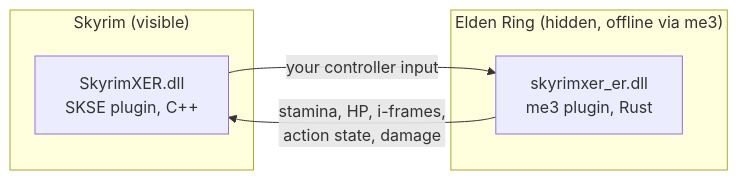
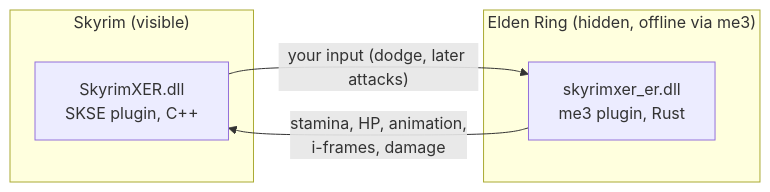
The diagram in README.md (BennettCode/Skyring), drawn with Mermaid before and after one commit. The commit also changed other lines of this file and 2 other files, not shown here.

First line of the commit message:
Docs: README + roadmap refresh (about, status, controller, ideas)

````diff
--- a/README.md
+++ b/README.md
@@ -23,11 +35,11 @@
 ```mermaid
 flowchart LR
     subgraph SKY["Skyrim (visible)"]
         S["SkyrimXER.dll<br/>SKSE plugin, C++"]
     end
     subgraph ER["Elden Ring (hidden, offline via me3)"]
         E["skyrimxer_er.dll<br/>me3 plugin, Rust"]
     end
-    S -- "your controller input" --> E
-    E -- "stamina, HP, i-frames,<br/>action state, damage" --> S
+    S -- "your input (dodge, later attacks)" --> E
+    E -- "stamina, HP, animation,<br/>i-frames, damage" --> S
 ```
````
